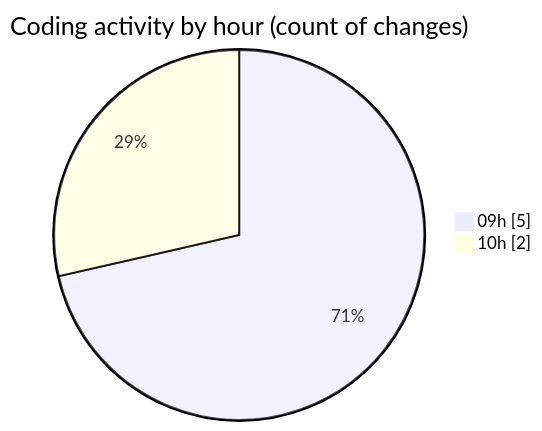
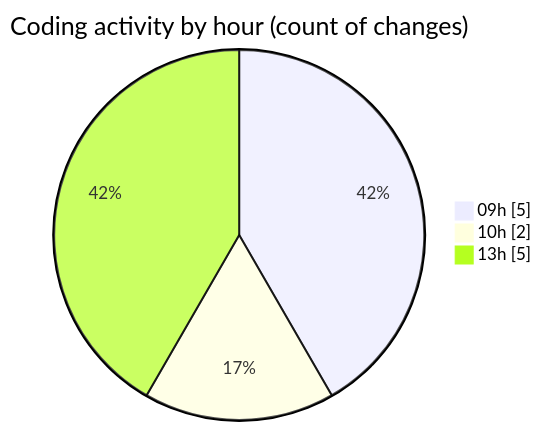
One commit to EIIisD/code-tracking changed the second of 2 diagrams in 2025-08-10/fish/README.md. Above: the diagram before and after it, drawn with Mermaid. The commit also changed other lines of this file and 1 other file, not shown here.

````diff
--- a/2025-08-10/fish/README.md
+++ b/2025-08-10/fish/README.md
@@ -28,6 +28,7 @@
 ```mermaid
 pie showData
 title Coding activity by hour (count of changes)
 "09h" : 5
 "10h" : 2
+"13h" : 5
 ```
````
